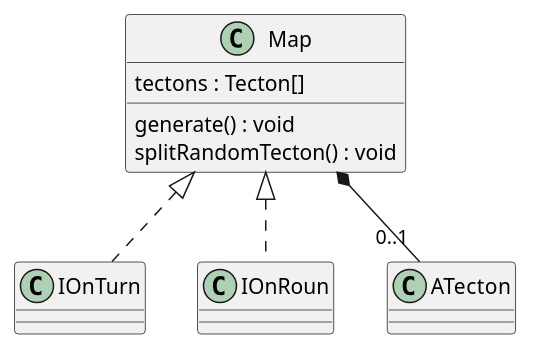
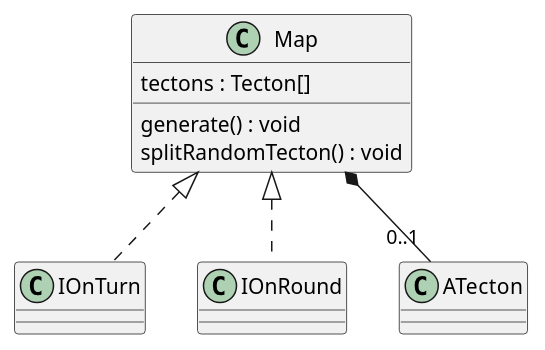
The diagram in 3/classes/map.puml (Petya-G/fungorium), drawn with PlantUML before and after one commit. The commit also changed 5 other files, not shown here.

```diff
--- a/3/classes/map.puml
+++ b/3/classes/map.puml
@@ -1,10 +1,10 @@
 @startuml map
 Map <|.. IOnTurn
-Map <|.. IOnRoun
+Map <|.. IOnRound
 Map *-- "0..1" ATecton
 class Map{
     tectons : Tecton[]
     generate() : void
     splitRandomTecton() : void
 }
 @enduml
```
